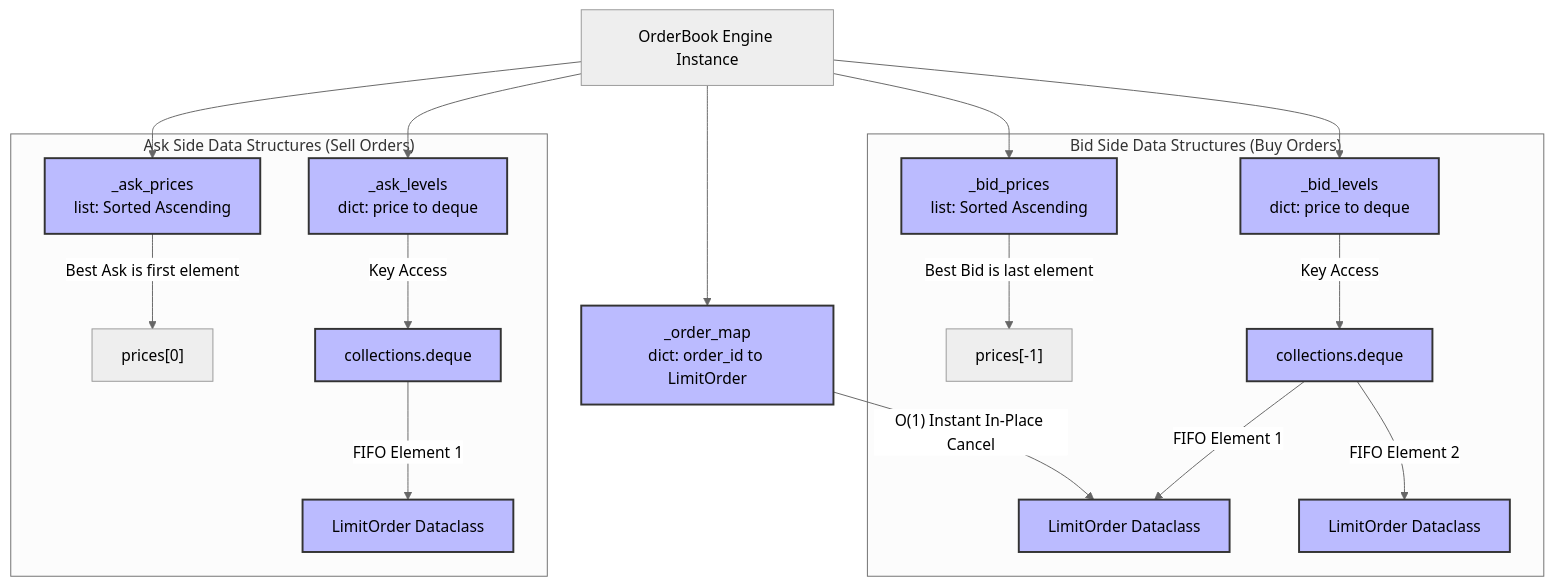
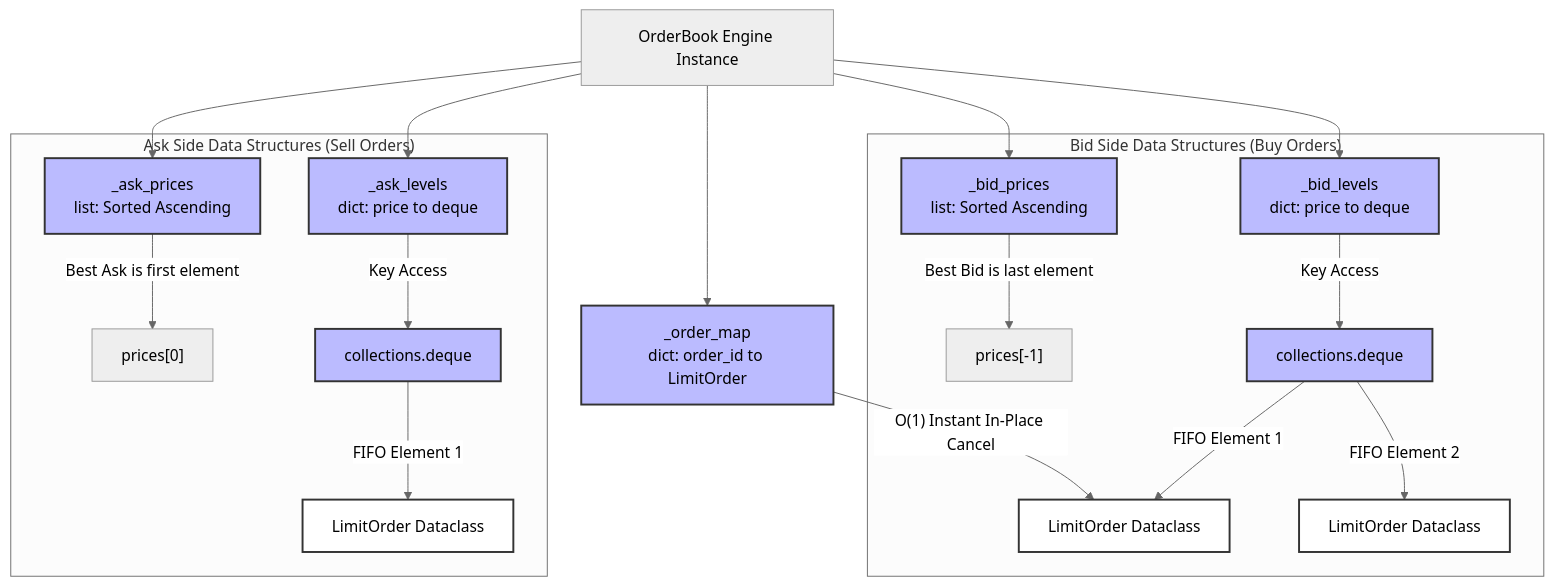
The diagram in README.md (MFarooq07/lob-matching-engine), drawn with Mermaid (neutral theme) before and after one commit. The commit also changed other lines of this file, not shown here.

````diff
--- a/README.md
+++ b/README.md
@@ -9,40 +4,40 @@
 ```mermaid
 flowchart TD
     %% Style Formats
     classDef mapStyle fill:#bbf,stroke:#333,stroke-width:2px;
     classDef listStyle fill:#bbf,stroke:#333,stroke-width:2px;
     classDef queueStyle fill:#bbf,stroke:#333,stroke-width:2px;
-    classDef modelStyle fill:#bbf,stroke:#333,stroke-width:2px;
+    classDef modelStyle fill:#fff,stroke:#333,stroke-width:2px;
 
     %% Base Structural Framework
     OrderBook[OrderBook Engine Instance] --> orderMap
     OrderBook --> bidPrices
     OrderBook --> bidLevels
     OrderBook --> askPrices
     OrderBook --> askLevels
 
     %% Core Map Lookup Index
     orderMap["_order_map<br>dict: order_id to LimitOrder"]:::mapStyle
     orderMap -->|"O(1) Instant In-Place Cancel"| loResting1
 
     %% Bid Side Data Configurations
     subgraph bid_side ["Bid Side Data Structures (Buy Orders)"]
         bidPrices["_bid_prices<br>list: Sorted Ascending"]:::listStyle
         bidLevels["_bid_levels<br>dict: price to deque"]:::mapStyle
         
         bidPrices -->|"Best Bid is last element"| bestBid["prices[-1]"]
         bidLevels -->|"Key Access"| bidDeque["collections.deque"]:::queueStyle
         bidDeque -->|"FIFO Element 1"| loResting1["LimitOrder Dataclass"]:::modelStyle
         bidDeque -->|"FIFO Element 2"| loResting2["LimitOrder Dataclass"]:::modelStyle
     end
 
     %% Ask Side Data Configurations
     subgraph ask_side ["Ask Side Data Structures (Sell Orders)"]
         askPrices["_ask_prices<br>list: Sorted Ascending"]:::listStyle
         askLevels["_ask_levels<br>dict: price to deque"]:::mapStyle
         
         askPrices -->|"Best Ask is first element"| bestAsk["prices[0]"]
         askLevels -->|"Key Access"| askDeque["collections.deque"]:::queueStyle
         askDeque -->|"FIFO Element 1"| loResting3["LimitOrder Dataclass"]:::modelStyle
     end
 ```
````
